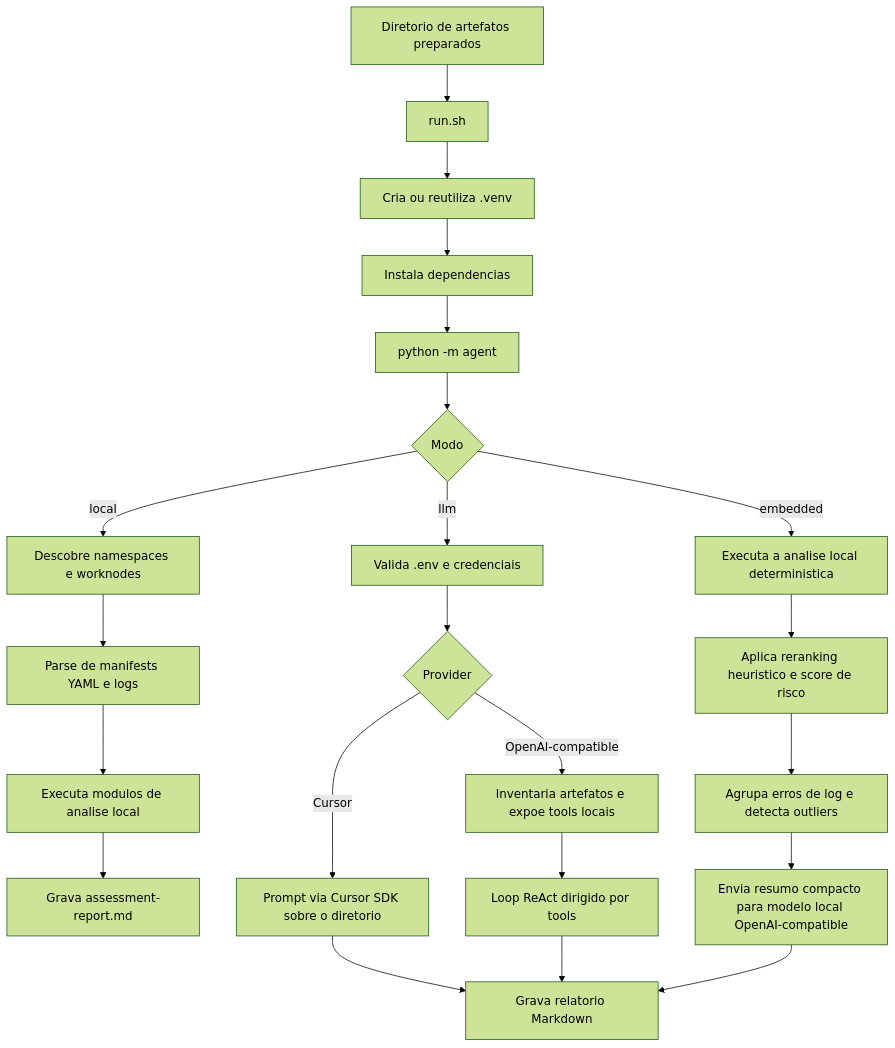
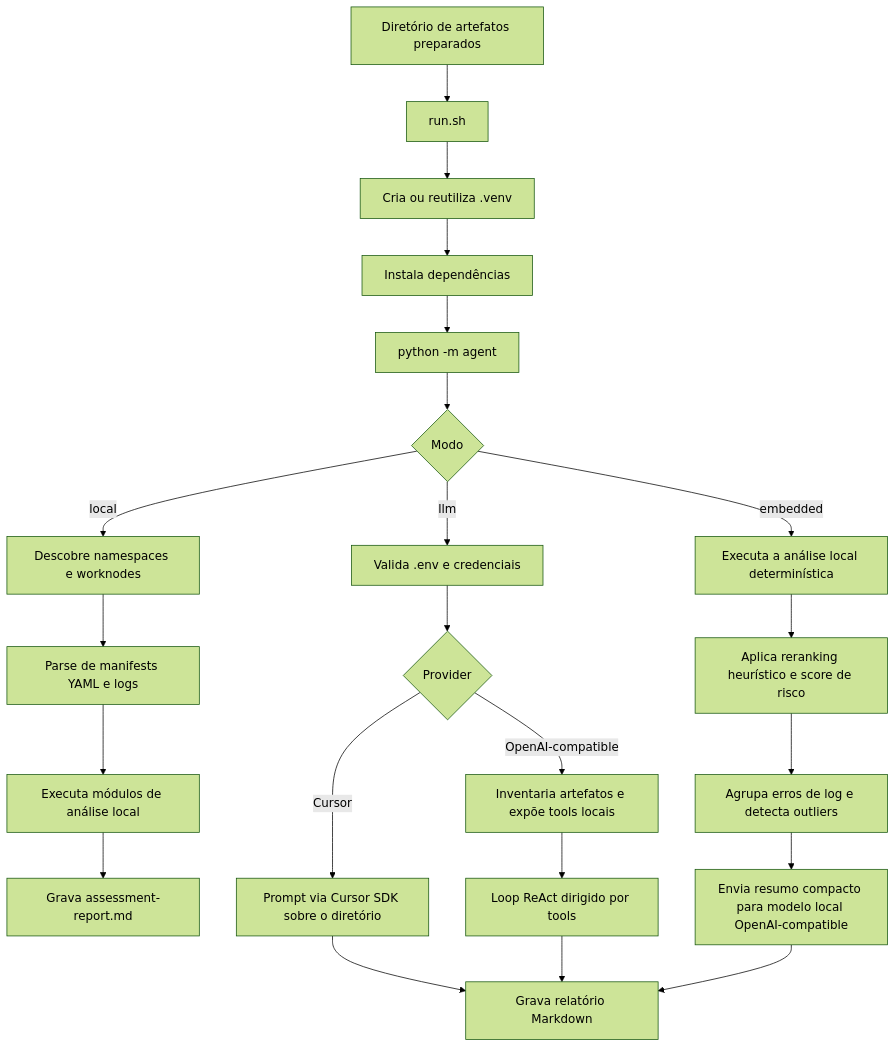
One commit to ShiftWise-AI/kubeoptix-analyzer changed the diagram in README.pt-BR.md. Above: the diagram before and after it, drawn with Mermaid (forest theme). The commit also changed other lines of this file and 11 other files, not shown here.

````diff
--- a/README.pt-BR.md
+++ b/README.pt-BR.md
@@ -196,26 +220,26 @@
 ```mermaid
 flowchart TD
-    A[Diretorio de artefatos preparados] --> B[run.sh]
+    A[Diretório de artefatos preparados] --> B[run.sh]
     B --> C[Cria ou reutiliza .venv]
-    C --> D[Instala dependencias]
+    C --> D[Instala dependências]
     D --> E[python -m agent]
     E --> F{Modo}
 
     F -->|local| G[Descobre namespaces e worknodes]
     G --> H[Parse de manifests YAML e logs]
-    H --> I[Executa modulos de analise local]
+    H --> I[Executa módulos de análise local]
     I --> J[Grava assessment-report.md]
 
     F -->|llm| K[Valida .env e credenciais]
     K --> L{Provider}
-    L -->|Cursor| M[Prompt via Cursor SDK sobre o diretorio]
-    L -->|OpenAI-compatible| N[Inventaria artefatos e expoe tools locais]
+    L -->|Cursor| M[Prompt via Cursor SDK sobre o diretório]
+    L -->|OpenAI-compatible| N[Inventaria artefatos e expõe tools locais]
     N --> O[Loop ReAct dirigido por tools]
-    F -->|embedded| Q[Executa a analise local deterministica]
-    Q --> R[Aplica reranking heuristico e score de risco]
+    F -->|embedded| Q[Executa a análise local determinística]
+    Q --> R[Aplica reranking heurístico e score de risco]
     R --> S[Agrupa erros de log e detecta outliers]
     S --> T[Envia resumo compacto para modelo local OpenAI-compatible]
-    M --> P[Grava relatorio Markdown]
+    M --> P[Grava relatório Markdown]
     O --> P
     T --> P
 ```
````
